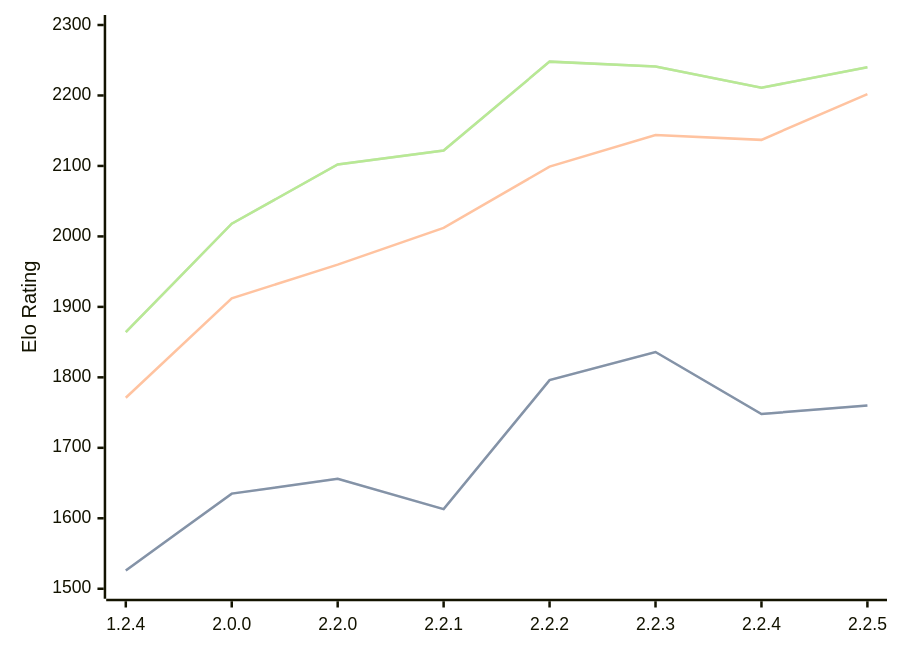
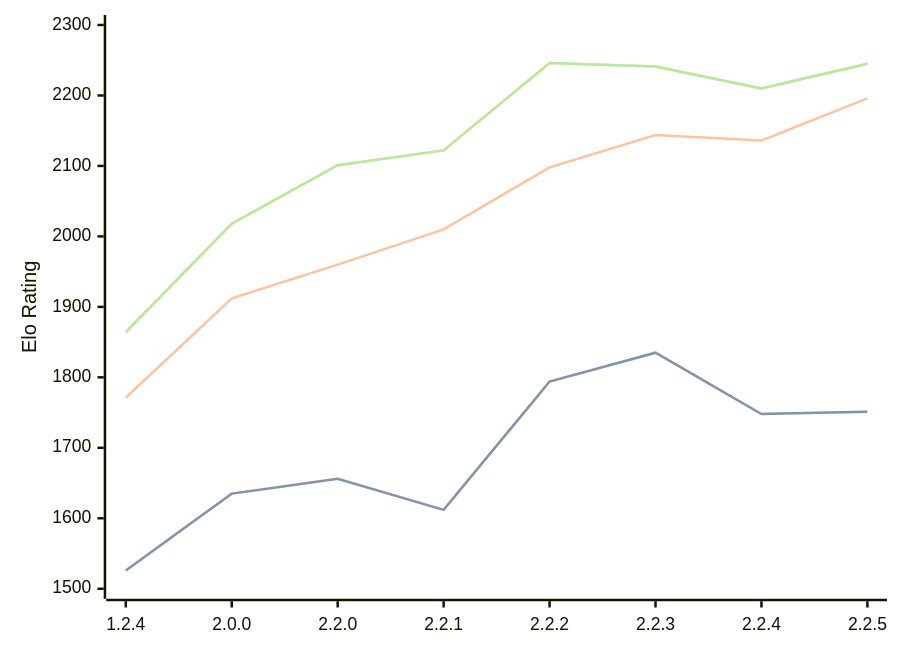
The diagram in engines/Kreveta.md (computer-chess-index/cci), drawn with Mermaid before and after one commit. The commit also changed other lines of this file, not shown here.

Commit message:
Update CCI Ratings (ELO VLTC) - 2026-03-30

````diff
--- a/engines/Kreveta.md
+++ b/engines/Kreveta.md
@@ -41,11 +41,11 @@
 ```mermaid
 %%{init: {"theme":"base","themeVariables":{"seriesColors:['#a3a3a3','#222221','#faa371']}}}%%
 xychart-beta
   x-axis ["1.2.4", "2.0.0", "2.2.0", "2.2.1", "2.2.2", "2.2.3", "2.2.4", "2.2.5"]
   y-axis "Elo Rating" 1500 --> 2300
-  line "STC (8.0+0.08s)" [1526, 1635, 1656, 1613, 1796, 1836, 1748, 1760]
-  line "STC (8.0+0.08s)" [1526, 1635, 1656, 1613, 1796, 1836, 1748, 1760]
-  line "LTC (60.0+0.60s)" [1771, 1912, 1960, 2012, 2099, 2144, 2137, 2202]
-  line "VLTC (2m24s+1.12s)" [1864, 2018, 2102, 2122, 2248, 2241, 2211, 2240]
-  line "VLTC (2m24s+1.12s)" [1864, 2018, 2102, 2122, 2248, 2241, 2211, 2240]
+  line "STC (8.0+0.08s)" [1526, 1635, 1656, 1612, 1794, 1835, 1748, 1751]
+  line "STC (8.0+0.08s)" [1526, 1635, 1656, 1612, 1794, 1835, 1748, 1751]
+  line "LTC (60.0+0.60s)" [1771, 1912, 1960, 2010, 2098, 2144, 2136, 2196]
+  line "VLTC (2m24s+1.12s)" [1864, 2018, 2101, 2122, 2246, 2241, 2210, 2245]
+  line "VLTC (2m24s+1.12s)" [1864, 2018, 2101, 2122, 2246, 2241, 2210, 2245]
 ```
````
